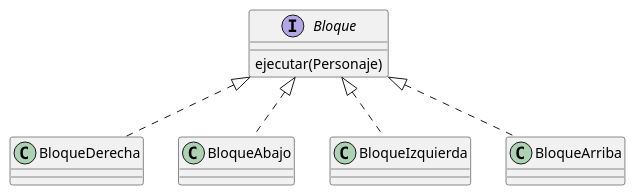
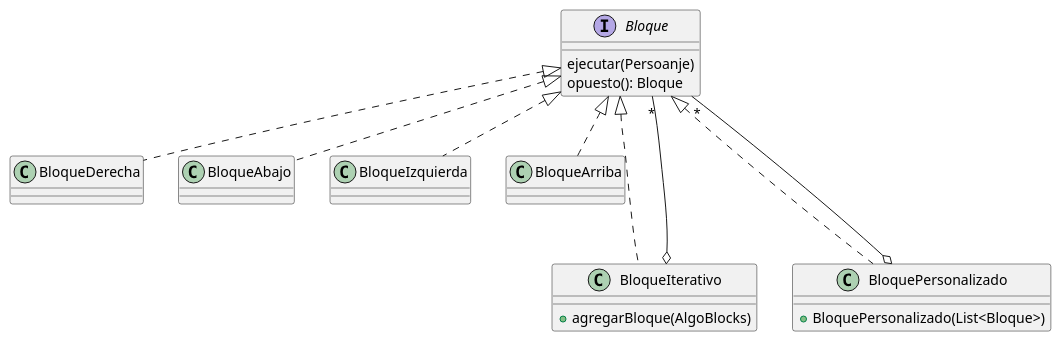
Before and after one commit to trinibucc/TP2-AlgoBlocks: the diagram in Diagramas/Bloque UML.puml, drawn with PlantUML. The commit also changed 9 other files, not shown here.

Commit message:
Agrego diagramas.

```diff
--- a/Diagramas/Bloque UML.puml
+++ b/Diagramas/Bloque UML.puml
@@ -1,21 +1,29 @@
 @startuml
-
 interface Bloque{
-     ejecutar(Personaje)
+    ejecutar(Persoanje)
+    opuesto(): Bloque
 }
 
 class BloqueDerecha implements Bloque{
 }
 
 class BloqueAbajo implements Bloque{
 }
 
 class BloqueIzquierda implements Bloque{
 }
 
 class BloqueArriba implements Bloque{
 }
 
+class BloqueIterativo implements Bloque{
+    + agregarBloque(AlgoBlocks)
+}
+BloqueIterativo o--- "*"Bloque
 
+class BloquePersonalizado implements Bloque{
+    + BloquePersonalizado(List<Bloque>)
+}
+BloquePersonalizado o--- "*"Bloque
 
 @enduml
```
